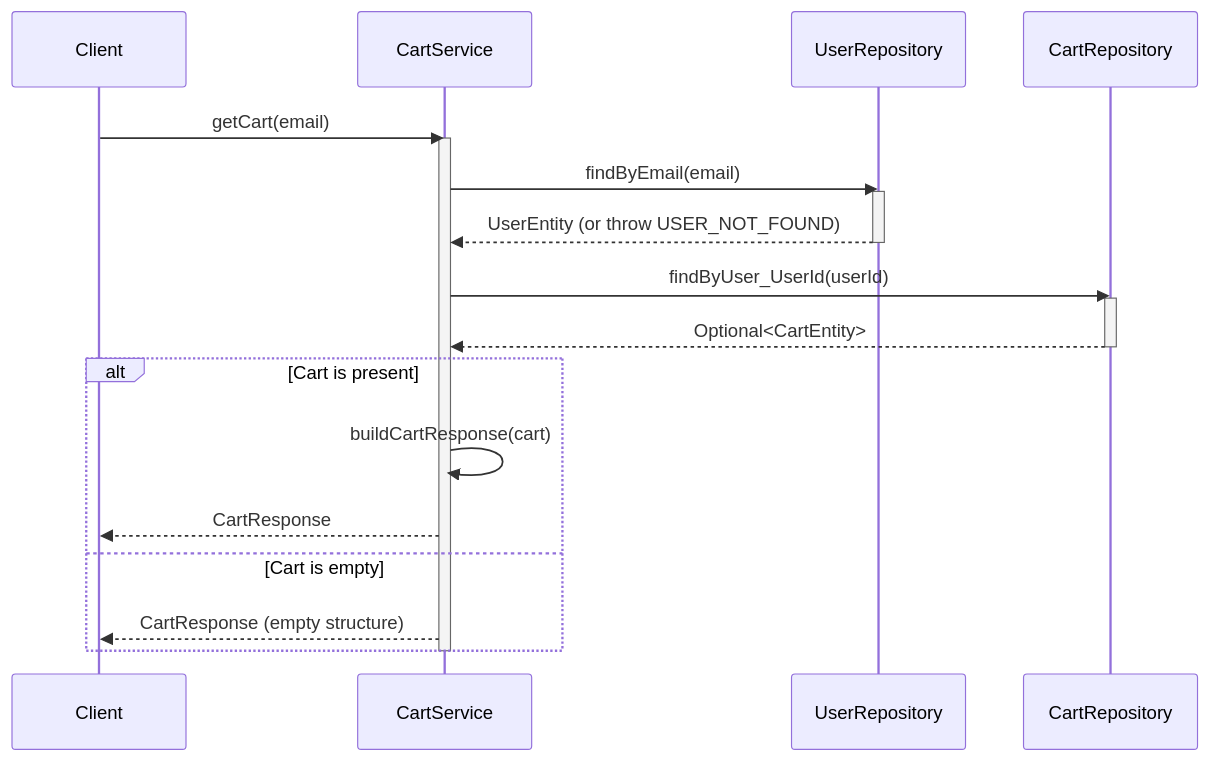
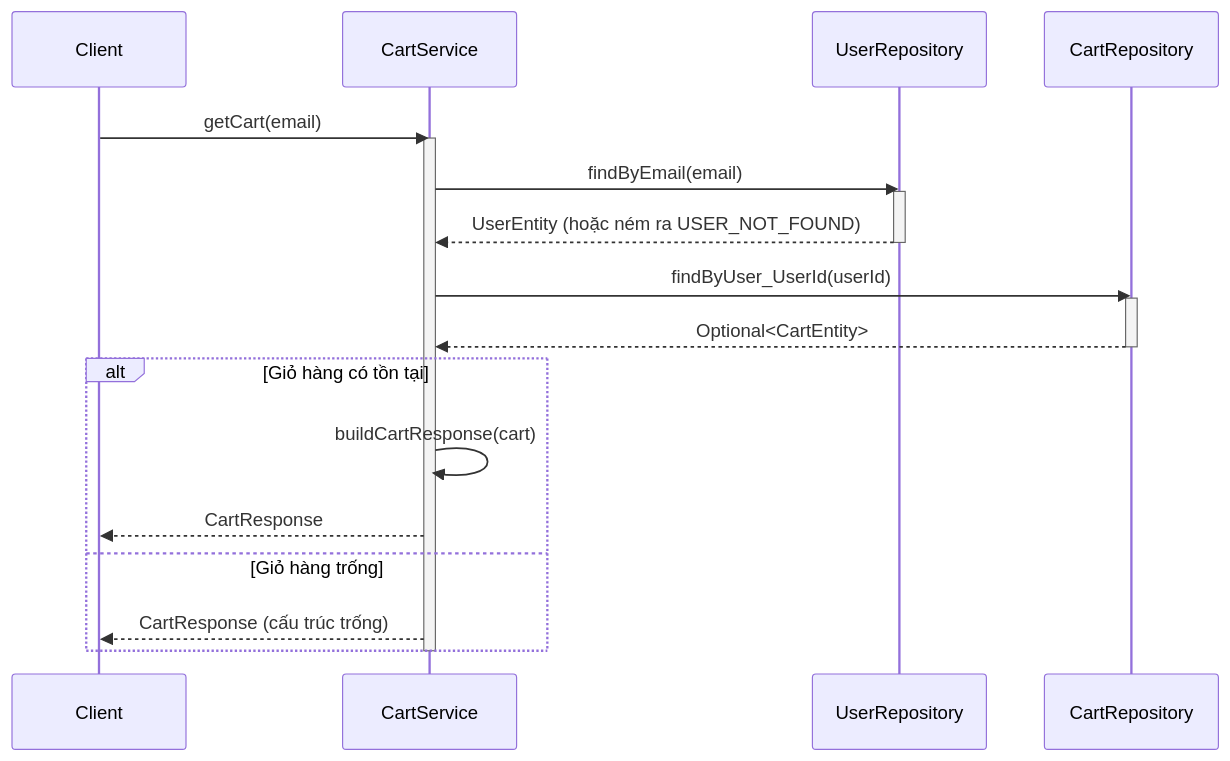
The first of 5 diagrams in .agent/sequence/cart_service_sequence_diagrams.md (aquoc09/easymall), drawn with Mermaid before and after one commit. The commit also changed other lines of this file and 18 other files, not shown here.

Commit message:
UPDATE: Sequence diagram vietnamese

````diff
--- a/.agent/sequence/cart_service_sequence_diagrams.md
+++ b/.agent/sequence/cart_service_sequence_diagrams.md
@@ -7,28 +7,28 @@
 ```mermaid
 sequenceDiagram
     participant Client
     participant CartService
     participant UserRepository
     participant CartRepository
 
     Client->>CartService: getCart(email)
     activate CartService
     
     CartService->>UserRepository: findByEmail(email)
     activate UserRepository
-    UserRepository-->>CartService: UserEntity (or throw USER_NOT_FOUND)
+    UserRepository-->>CartService: UserEntity (hoặc ném ra USER_NOT_FOUND)
     deactivate UserRepository
 
     CartService->>CartRepository: findByUser_UserId(userId)
     activate CartRepository
     CartRepository-->>CartService: Optional<CartEntity>
     deactivate CartRepository
 
-    alt Cart is present
+    alt Giỏ hàng có tồn tại
         CartService->>CartService: buildCartResponse(cart)
         CartService-->>Client: CartResponse
-    else Cart is empty
-        CartService-->>Client: CartResponse (empty structure)
+    else Giỏ hàng trống
+        CartService-->>Client: CartResponse (cấu trúc trống)
     end
     deactivate CartService
 ```
````
